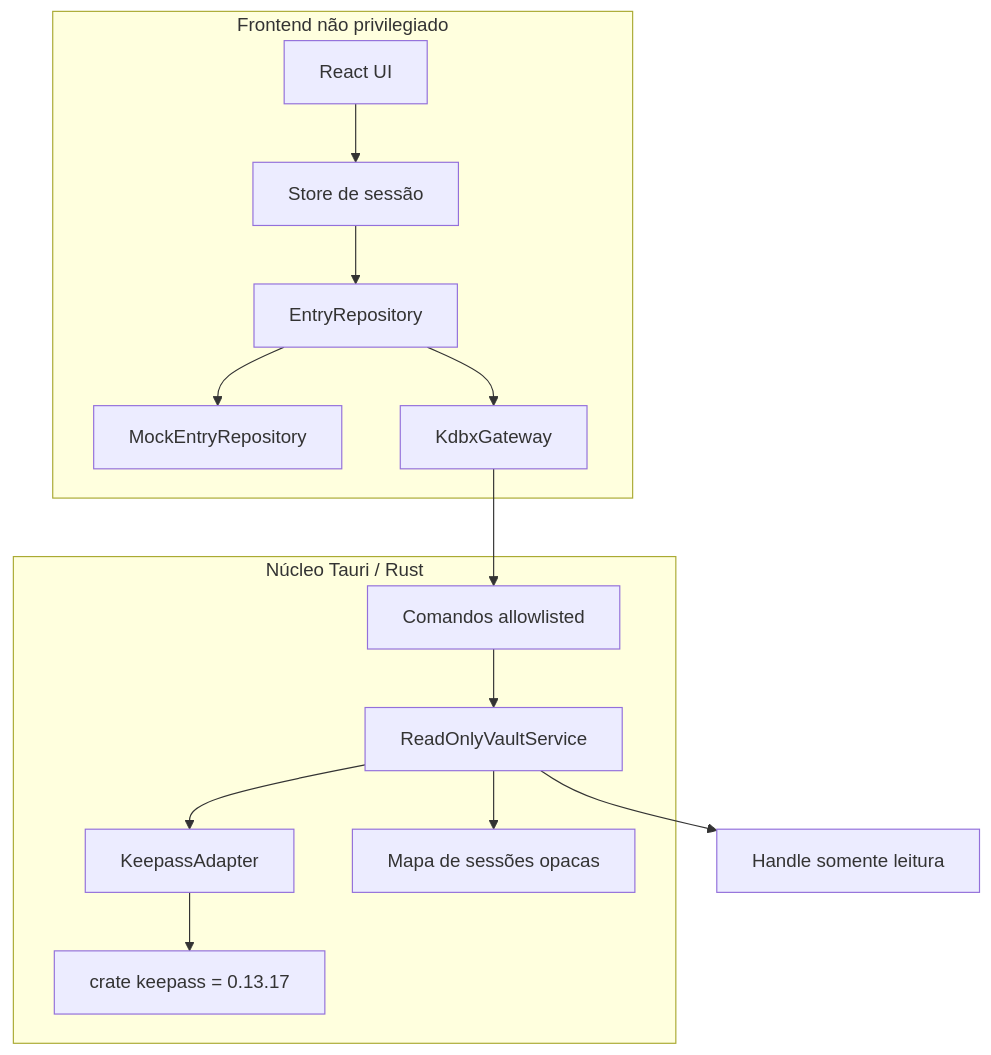
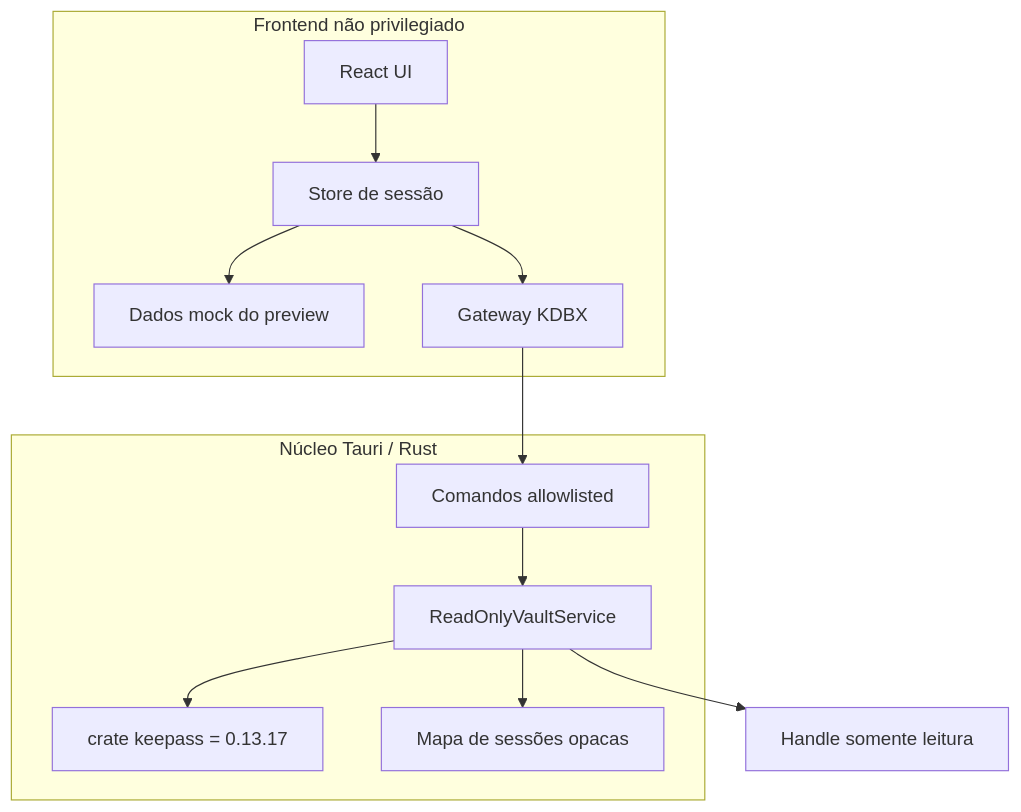
The second of 2 diagrams in docs/ARCHITECTURE.md (johnnymeunome/MyVault), drawn with Mermaid before and after one commit. The commit also changed other lines of this file and 7 other files, not shown here.

````diff
--- a/docs/ARCHITECTURE.md
+++ b/docs/ARCHITECTURE.md
@@ -32,19 +35,17 @@
 ```mermaid
 flowchart TB
     subgraph WebView["Frontend não privilegiado"]
       UI["React UI"] --> Session["Store de sessão"]
-      Session --> Repo["EntryRepository"]
-      Repo --> Mock["MockEntryRepository"]
-      Repo --> Gateway["KdbxGateway"]
+      Session --> Mock["Dados mock do preview"]
+      Session --> Gateway["Gateway KDBX"]
     end
 
     subgraph Native["Núcleo Tauri / Rust"]
       IPC["Comandos allowlisted"] --> Service["ReadOnlyVaultService"]
-      Service --> Adapter["KeepassAdapter"]
-      Adapter --> Parser["crate keepass = 0.13.17"]
+      Service --> Parser["crate keepass = 0.13.17"]
       Service --> Sessions["Mapa de sessões opacas"]
     end
 
     Gateway --> IPC
     Service --> File["Handle somente leitura"]
 ```
````
